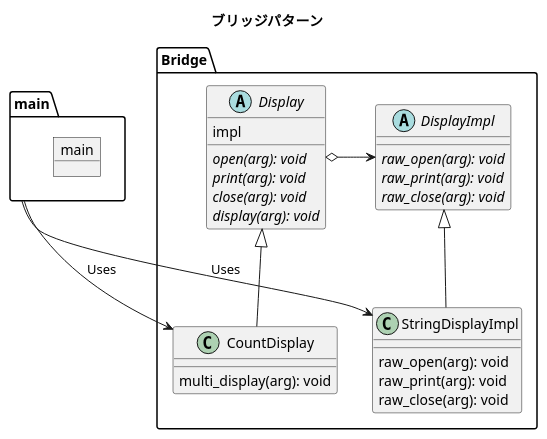
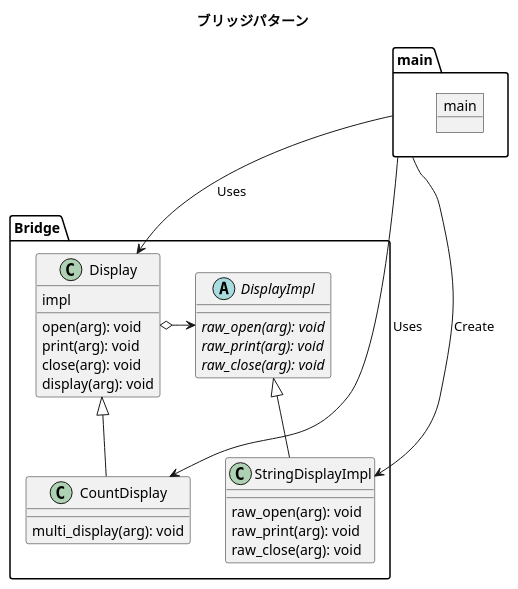
Before and after one commit to tanapiyo/design_pattern_with_python: the diagram in 09_bridge/bridge.pu, drawn with PlantUML. The commit also changed 2 other files, not shown here.

```diff
--- a/09_bridge/bridge.pu
+++ b/09_bridge/bridge.pu
@@ -1,44 +1,45 @@
 @startuml
 
 title ブリッジパターン
 
 package main {
     object main {
     }
 }
 
 package Bridge {
-    abstract Display {
+    'abstract Display {
+    class Display {
         impl
-        {abstract} open(arg): void
-        {abstract} print(arg): void
-        {abstract} close(arg): void
-        {abstract} display(arg): void
+        open(arg): void
+        print(arg): void
+        close(arg): void
+        display(arg): void
     }
 
     class CountDisplay {
         multi_display(arg): void
     }
 
     abstract DisplayImpl {
         {abstract} raw_open(arg): void
         {abstract} raw_print(arg): void
         {abstract} raw_close(arg): void
     }
     'displayのメソッド使わない？
 
     class StringDisplayImpl {
         raw_open(arg): void
         raw_print(arg): void
         raw_close(arg): void
     } 
 }
-
+    main --> Display : Uses
     main -right-> CountDisplay : Uses
-    main --> StringDisplayImpl : Uses
+    main --> StringDisplayImpl : Create
     CountDisplay -up-|> Display
     Display o-right-> DisplayImpl
     StringDisplayImpl -up-|> DisplayImpl
     
 
 @enduml
```
